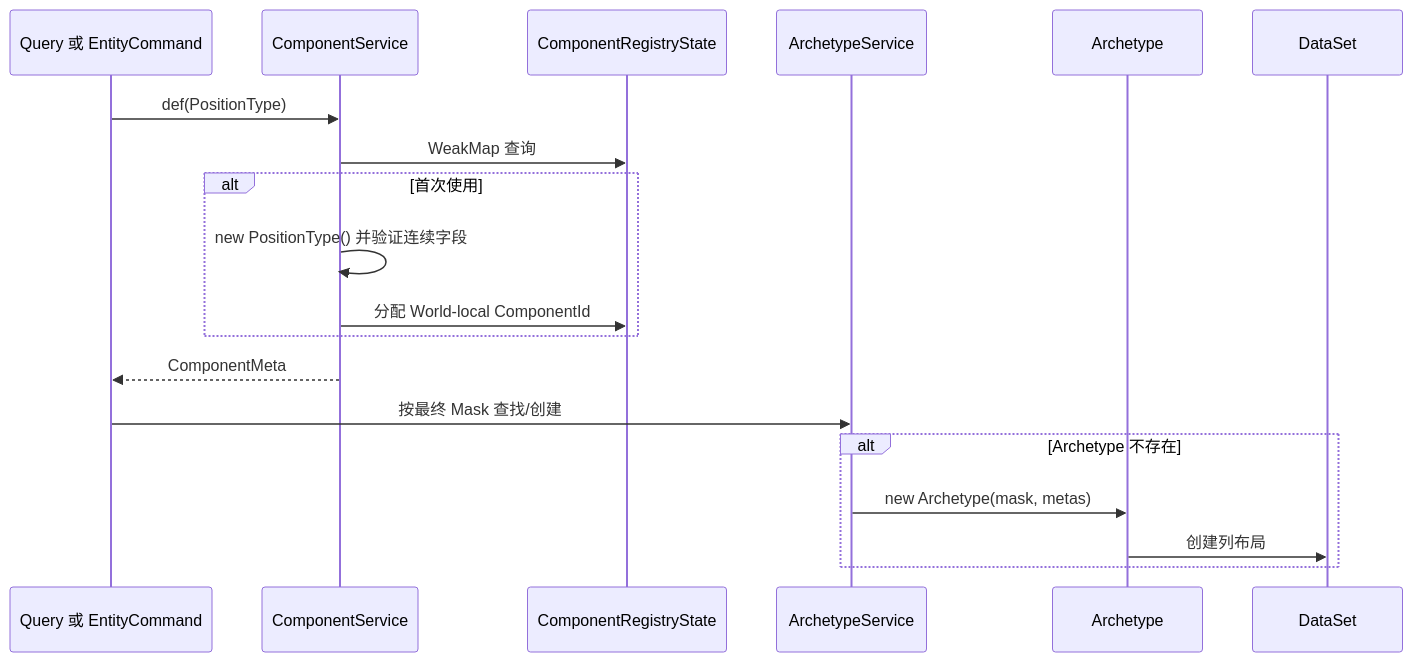
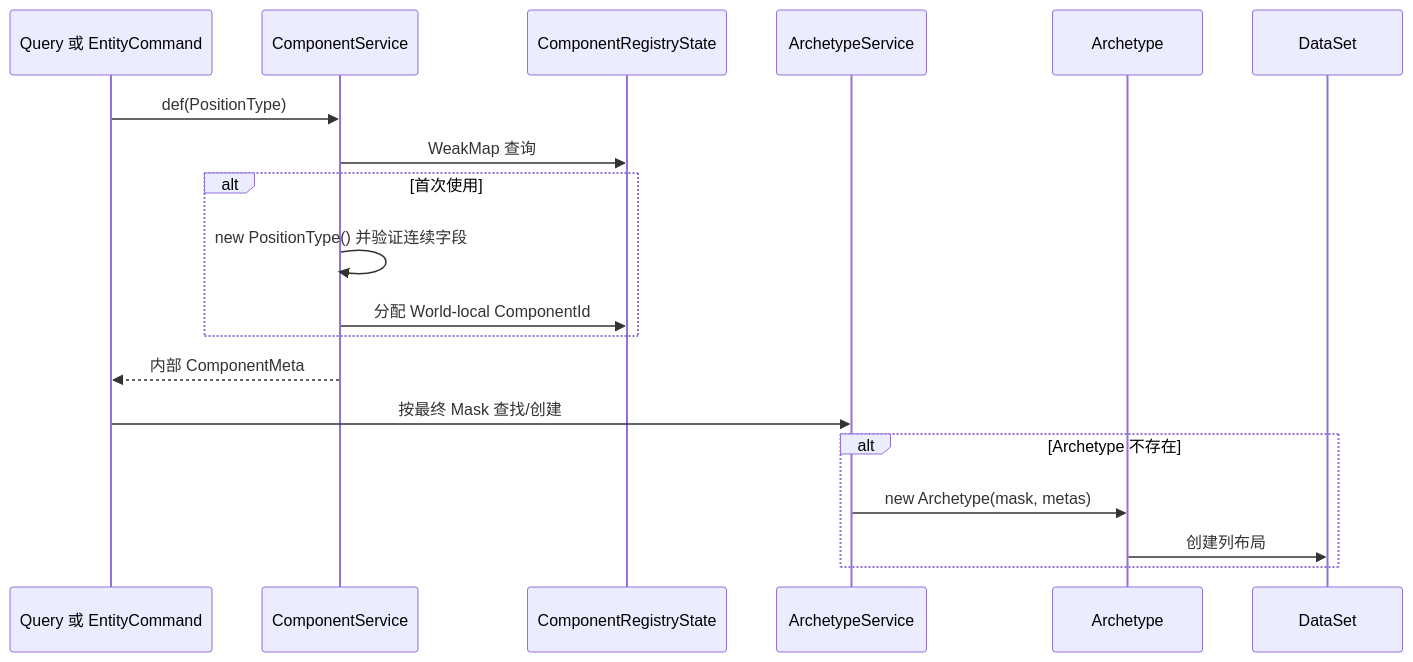
Before and after one commit to 465089258/zero-ecs: the fifth of 12 diagrams in docs/architecture.md, drawn with Mermaid. The commit also changed other lines of this file and 19 other files, not shown here.

````diff
--- a/docs/architecture.md
+++ b/docs/architecture.md
@@ -135,22 +135,22 @@
 ```mermaid
 sequenceDiagram
     participant Caller as Query 或 EntityCommand
     participant CS as ComponentService
     participant CRS as ComponentRegistryState
     participant AS as ArchetypeService
     participant A as Archetype
     participant DS as DataSet
 
     Caller->>CS: def(PositionType)
     CS->>CRS: WeakMap 查询
     alt 首次使用
         CS->>CS: new PositionType() 并验证连续字段
         CS->>CRS: 分配 World-local ComponentId
     end
-    CS-->>Caller: ComponentMeta
+    CS-->>Caller: 内部 ComponentMeta
     Caller->>AS: 按最终 Mask 查找/创建
     alt Archetype 不存在
         AS->>A: new Archetype(mask, metas)
         A->>DS: 创建列布局
     end
 ```
````
